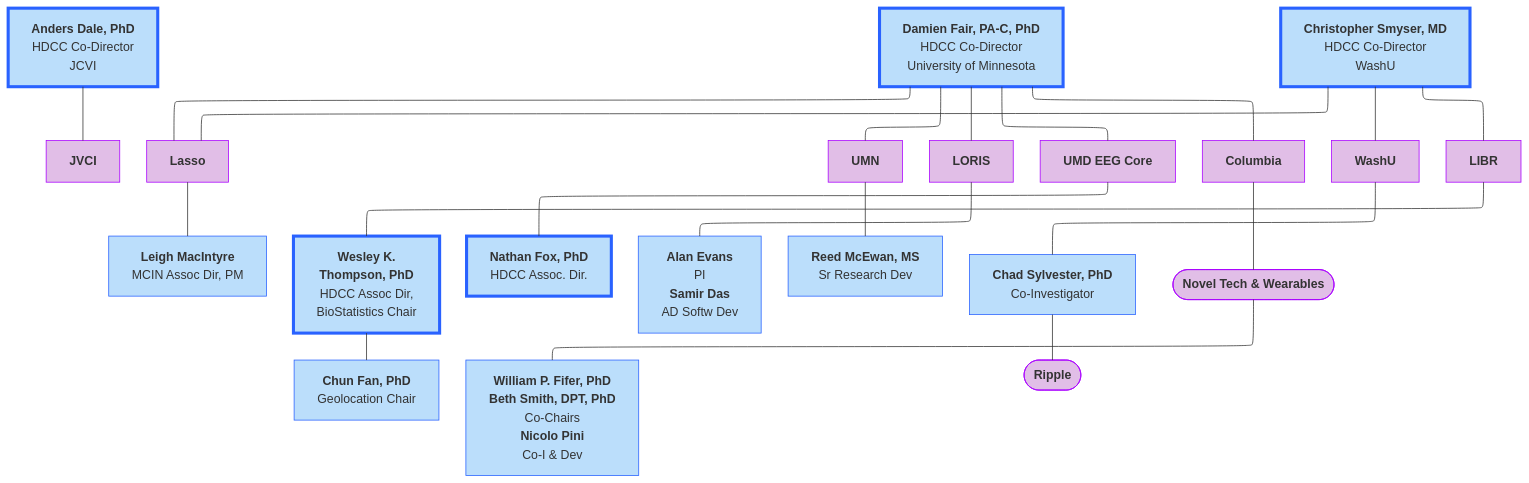
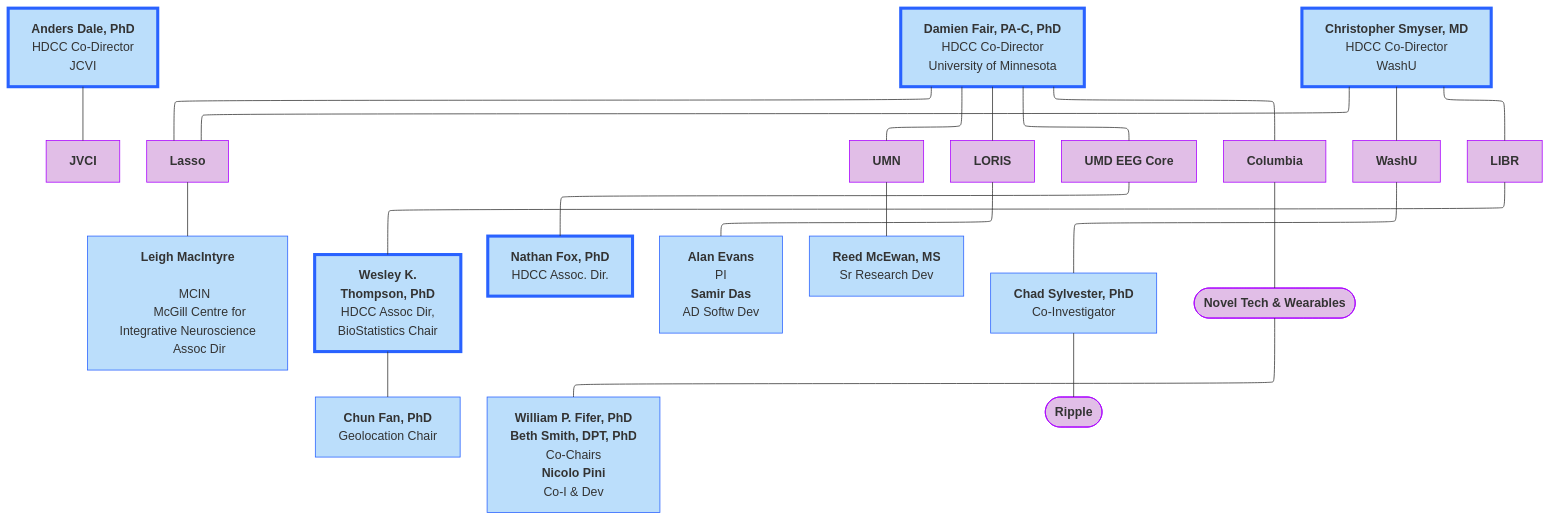
Before and after one commit to DCAN-Labs/hbcd-docs-internal: the first of 9 diagrams in docs/orgcharts.md, drawn with Mermaid.

Commit message:
try adding hover box to MCIN

````diff
--- a/docs/orgcharts.md
+++ b/docs/orgcharts.md
@@ -12,47 +12,50 @@
 ```mermaid
 ---
 config:
   layout: elk
 ---
 flowchart TB
     n2["<b>Anders Dale, PhD<br></b>HDCC Co-Director<br>JCVI"] --- jvci["<b>JVCI</b>"]
     E["<b>Damien Fair, PA-C, PhD</b><br>HDCC Co-Director<br>University of Minnesota"] --- lasso["<b>Lasso</b>"] & umn["<b>UMN</b>"] & n7["<b>LORIS</b>"] & n8["<b>UMD EEG Core</b>"] & n11["<b>Columbia</b>"]
-    lasso --- lasso1["<b>Leigh MacIntyre</b><br>MCIN Assoc Dir, PM"]
+    lasso --- lasso1["<b>Leigh MacIntyre</b><br>
+    <span class="tooltip">MCIN
+        <span class="tooltiptext">McGill Centre for Integrative Neuroscience</span>
+      </span> Assoc Dir"]
     n1["<b>Christopher Smyser, MD<br></b>HDCC Co-Director<br>WashU"] --- n10["<b>WashU</b><br>"] & n12["<b>LIBR</b>"] & lasso
     n16["<b>Wesley K.<br>Thompson, PhD</b><br>HDCC Assoc Dir,<br>BioStatistics Chair"] --- n17["<b>Chun Fan, PhD</b><br>Geolocation Chair"]
     n12 --- n16
     n8 --- n19["<b>Nathan Fox, PhD<br></b>HDCC Assoc. Dir."]
     n7 --- n20["<b>Alan Evans</b><br>PI<br><b>Samir Das</b><br>AD Softw Dev"]
     umn --- reed["<b>Reed McEwan, MS</b><br>Sr Research Dev"]
     n10 --- n22["<b>Chad Sylvester, PhD</b><br>Co-Investigator"]
     n11 --- n23(["<b>Novel Tech &amp; Wearables</b>"])
     n23 --- n18["<b>William P. Fifer, PhD</b><br><b>Beth Smith, DPT, PhD</b><br>Co-Chairs<br><b>Nicolo Pini<br></b>Co-I &amp; Dev"]
     n22 --- n24(["<b>Ripple</b>"])
     style n2 fill:#BBDEFB,stroke:#2962FF,stroke-width:4px
     style jvci fill:#E1BEE7,stroke:#AA00FF
     style E fill:#BBDEFB,stroke:#2962FF,stroke-width:4px
     style lasso fill:#E1BEE7,stroke:#AA00FF
     style umn fill:#E1BEE7,stroke:#AA00FF
     style n7 fill:#E1BEE7,stroke:#AA00FF
     style n8 fill:#E1BEE7,stroke:#AA00FF
     style n11 fill:#E1BEE7,stroke:#AA00FF
     style lasso1 fill:#BBDEFB,stroke:#2962FF
     style n1 fill:#BBDEFB,stroke:#2962FF,stroke-width:4px
     style n10 fill:#E1BEE7,stroke:#AA00FF
     style n12 fill:#E1BEE7,stroke:#AA00FF
     style n16 fill:#BBDEFB,stroke:#2962FF,stroke-width:4px
     style n17 fill:#BBDEFB,stroke:#2962FF
     style n19 fill:#BBDEFB,stroke:#2962FF,stroke-width:4px
     style n20 fill:#BBDEFB,stroke:#2962FF
     style reed fill:#BBDEFB,stroke:#2962FF
     style n22 fill:#BBDEFB,stroke:#2962FF
     style n23 fill:#E1BEE7,stroke:#AA00FF
     style n18 fill:#BBDEFB,stroke:#2962FF
     style n24 fill:#E1BEE7,stroke:#AA00FF
     click jvci "#j-craig-venter-institute"
     click lasso "#lasso"
     click umn "#university-of-minnesota"
     click n7 "#loris"
     click n8 "#umd-eeg-core"
     click n10 "#washu"
 ```
````
